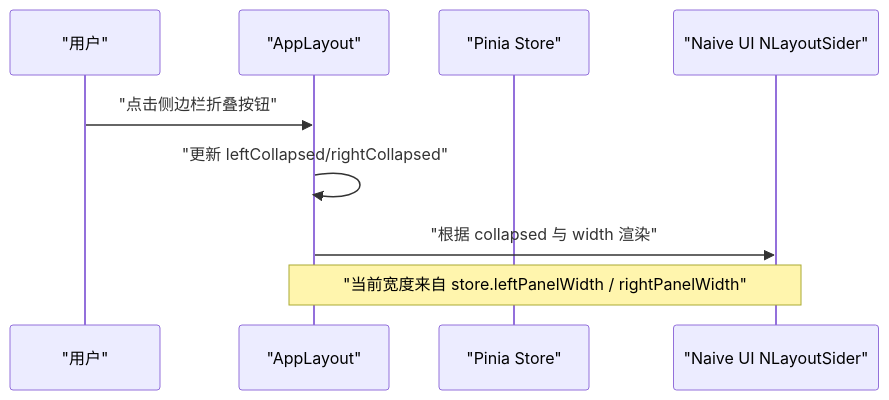
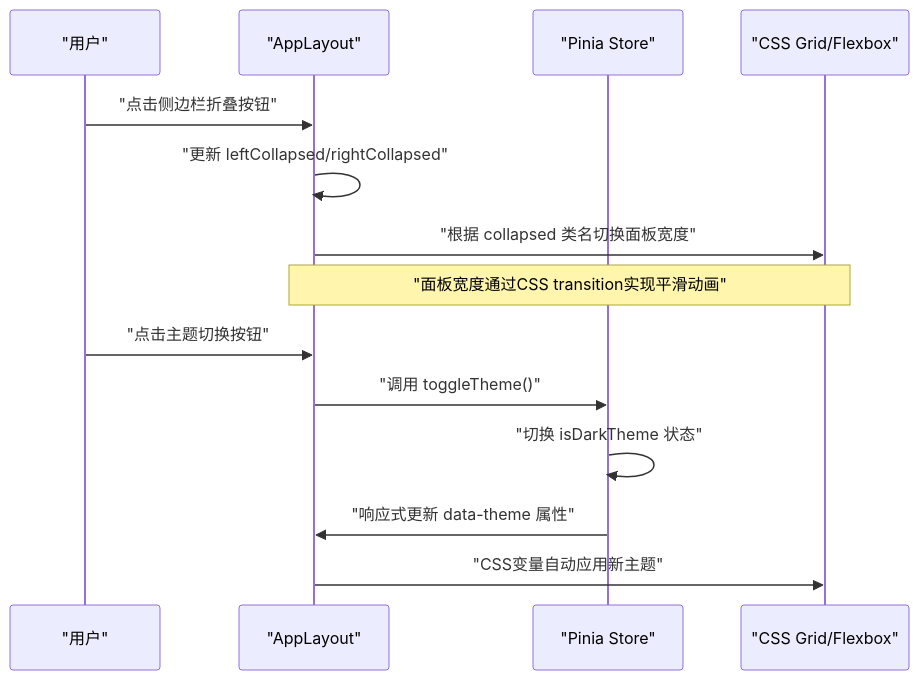
One commit to taoweidong/Hello-Tauri changed the third of 5 diagrams in .qoder/repowiki/zh/content/用户界面/布局系统.md. Above: the diagram before and after it, drawn with Mermaid. The commit also changed other lines of this file and 14 other files, not shown here.

````diff
--- a/.qoder/repowiki/zh/content/用户界面/布局系统.md
+++ b/.qoder/repowiki/zh/content/用户界面/布局系统.md
@@ -159,11 +178,16 @@
 ```mermaid
 sequenceDiagram
 participant U as "用户"
 participant L as "AppLayout"
 participant S as "Pinia Store"
-participant C as "Naive UI NLayoutSider"
+participant C as "CSS Grid/Flexbox"
 U->>L : "点击侧边栏折叠按钮"
 L->>L : "更新 leftCollapsed/rightCollapsed"
-L->>C : "根据 collapsed 与 width 渲染"
-Note over L,C : "当前宽度来自 store.leftPanelWidth / rightPanelWidth"
+L->>C : "根据 collapsed 类名切换面板宽度"
+Note over L,C : "面板宽度通过CSS transition实现平滑动画"
+U->>L : "点击主题切换按钮"
+L->>S : "调用 toggleTheme()"
+S->>S : "切换 isDarkTheme 状态"
+S->>L : "响应式更新 data-theme 属性"
+L->>C : "CSS变量自动应用新主题"
 ```
````
